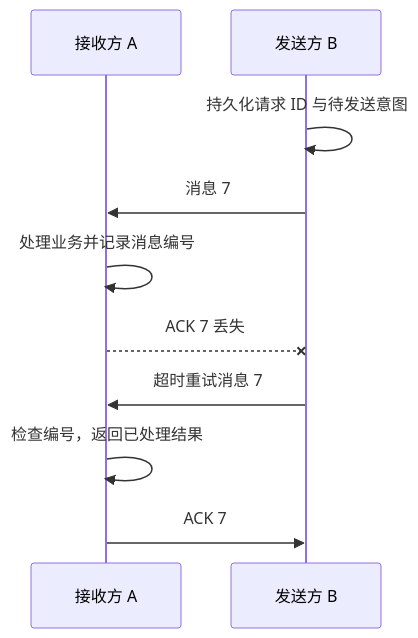
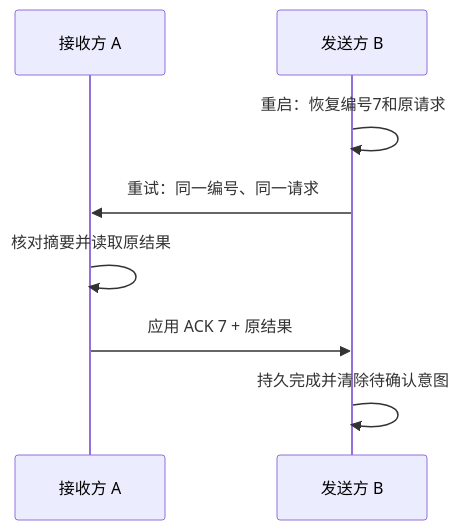
Before and after one commit to Negronii/MyNotes: the second of 2 diagrams in archive/uni-subjects/COMP90050ADBS/condensed-note-w1-message-reliability.md, drawn with Mermaid. The commit also changed other lines of this file and 3 other files, not shown here.

````diff
--- a/archive/uni-subjects/COMP90050ADBS/condensed-note-w1-message-reliability.md
+++ b/archive/uni-subjects/COMP90050ADBS/condensed-note-w1-message-reliability.md
@@ -22,12 +39,10 @@
 ```mermaid
 sequenceDiagram
     participant A as 接收方 A
     participant B as 发送方 B
-    B->>B: 持久化请求 ID 与待发送意图
-    B->>A: 消息 7
-    A->>A: 处理业务并记录消息编号
-    A--xB: ACK 7 丢失
-    B->>A: 超时重试消息 7
-    A->>A: 检查编号，返回已处理结果
-    A->>B: ACK 7
+    B->>B: 重启：恢复编号7和原请求
+    B->>A: 重试：同一编号、同一请求
+    A->>A: 核对摘要并读取原结果
+    A->>B: 应用 ACK 7 + 原结果
+    B->>B: 持久完成并清除待确认意图
 ```
````
